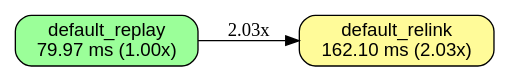
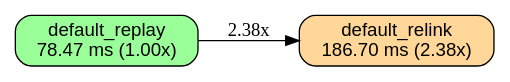
Before and after one commit to orgrinrt/hilavitkutin: the diagram in docs/BENCHES.link-static.dev_n25.linux-x86_64-c4-container-intel.dot, drawn with Graphviz. The commit also changed 29 other files, not shown here.

Commit message:
docs: regenerate the bench charts and add the run logs to the note

```diff
--- a/docs/BENCHES.link-static.dev_n25.linux-x86_64-c4-container-intel.dot
+++ b/docs/BENCHES.link-static.dev_n25.linux-x86_64-c4-container-intel.dot
@@ -1,14 +1,14 @@
 // AUTO-GENERATED: DO NOT EDIT DIRECTLY
 //
 // Generated by: mockspace (mock)
-// Generated at: 2026-11-19T14:01:35Z
+// Generated at: 2026-11-19T23:03:40Z
 // Source: mock/
 // To regenerate: cargo mock
 
 digraph "link-static/dev_n25 on linux-x86_64-c4-container-intel" {
   rankdir=LR;
   node [shape=box, style="rounded,filled", fontname="Helvetica"];
-  v0 [label="default_replay\n79.97 ms (1.00x)", fillcolor="0.330 0.4 1.0"];
-  v1 [label="default_relink\n162.10 ms (2.03x)", fillcolor="0.161 0.4 1.0"];
-  v0 -> v1 [label="2.03x"];
+  v0 [label="default_replay\n78.47 ms (1.00x)", fillcolor="0.330 0.4 1.0"];
+  v1 [label="default_relink\n186.70 ms (2.38x)", fillcolor="0.102 0.4 1.0"];
+  v0 -> v1 [label="2.38x"];
 }
```
